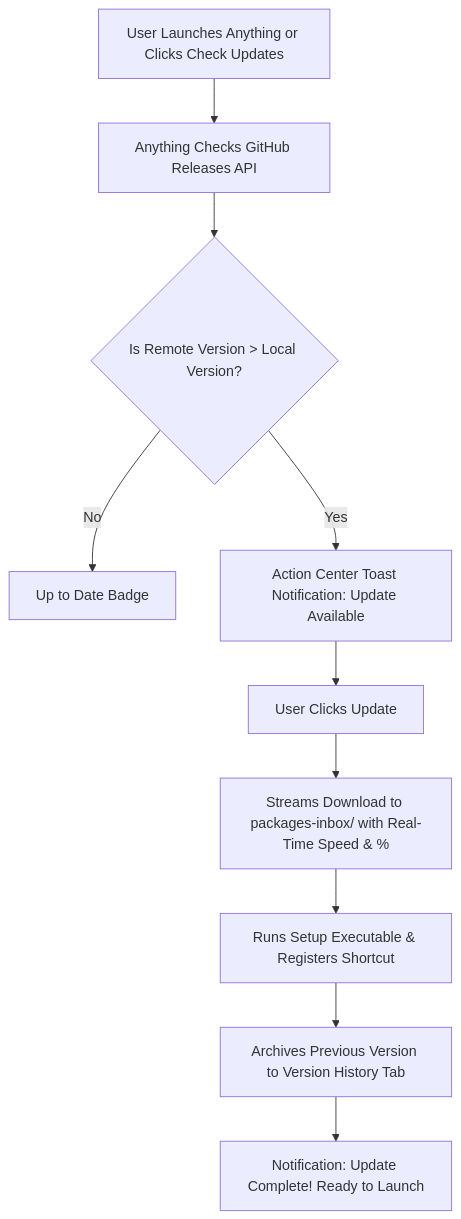
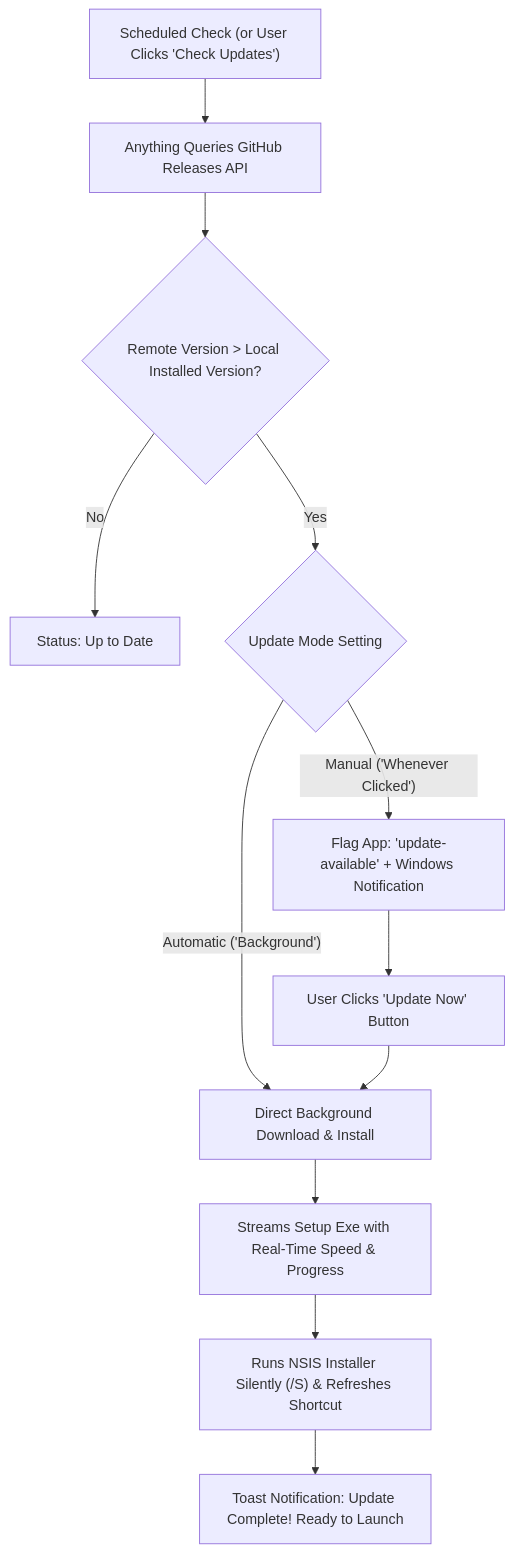
One commit to BSFrameWorks5253/Anything changed the diagram in DOCS/AUTO_UPDATE_AND_CHILD_APP_LIFECYCLE.md. Above: the diagram before and after it, drawn with Mermaid. The commit also changed other lines of this file and 57 other files, not shown here.

````diff
--- a/DOCS/AUTO_UPDATE_AND_CHILD_APP_LIFECYCLE.md
+++ b/DOCS/AUTO_UPDATE_AND_CHILD_APP_LIFECYCLE.md
@@ -109,12 +154,14 @@
 ```mermaid
 graph TD
-    A["User Launches Anything or Clicks Check Updates"] --> B["Anything Checks GitHub Releases API"]
-    B --> C{"Is Remote Version > Local Version?"}
-    C -- No --> D["Up to Date Badge"]
-    C -- Yes --> E["Action Center Toast Notification: Update Available"]
-    E --> F["User Clicks Update"]
-    F --> G["Streams Download to packages-inbox/ with Real-Time Speed & %"]
-    G --> H["Runs Setup Executable & Registers Shortcut"]
-    H --> I["Archives Previous Version to Version History Tab"]
-    I --> J["Notification: Update Complete! Ready to Launch"]
+    A["Scheduled Check (or User Clicks 'Check Updates')"] --> B["Anything Queries GitHub Releases API"]
+    B --> C{"Remote Version > Local Installed Version?"}
+    C -- No --> D["Status: Up to Date"]
+    C -- Yes --> E{"Update Mode Setting"}
+    E -- "Manual ('Whenever Clicked')" --> F["Flag App: 'update-available' + Windows Notification"]
+    F --> G["User Clicks 'Update Now' Button"]
+    E -- "Automatic ('Background')" --> H["Direct Background Download & Install"]
+    G --> H
+    H --> I["Streams Setup Exe with Real-Time Speed & Progress"]
+    I --> J["Runs NSIS Installer Silently (/S) & Refreshes Shortcut"]
+    J --> K["Toast Notification: Update Complete! Ready to Launch"]
 ```
````
